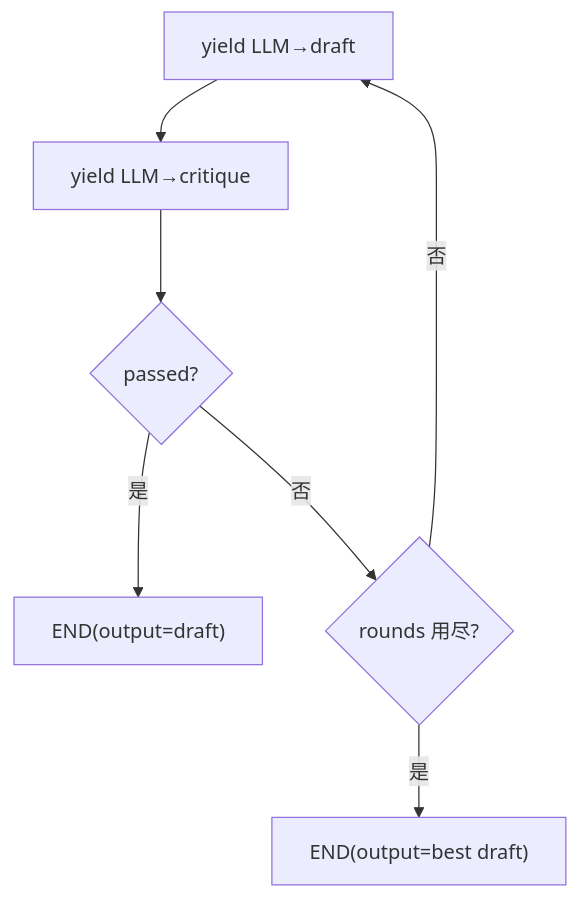
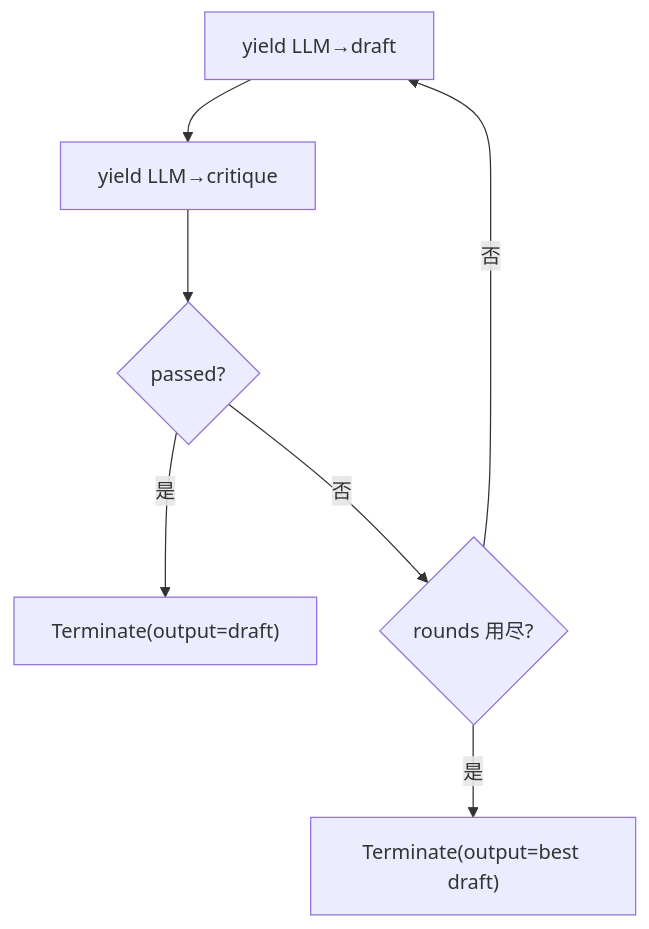
The fifth of 11 diagrams in docs/02-模块详设/Agent/R12-内置架构与组合.md (sao-lang/lll), drawn with Mermaid before and after one commit. The commit also changed other lines of this file and 127 other files, not shown here.

````diff
--- a/docs/02-模块详设/Agent/R12-内置架构与组合.md
+++ b/docs/02-模块详设/Agent/R12-内置架构与组合.md
@@ -220,9 +220,9 @@
 ```mermaid
 flowchart TD
     D["yield LLM→draft"] --> C["yield LLM→critique"]
     C --> P{"passed?"}
-    P -->|是| E["END(output=draft)"]
+    P -->|是| E["Terminate(output=draft)"]
     P -->|否| R{"rounds 用尽?"}
     R -->|否| D
-    R -->|是| E2["END(output=best draft)"]
+    R -->|是| E2["Terminate(output=best draft)"]
 ```
````
